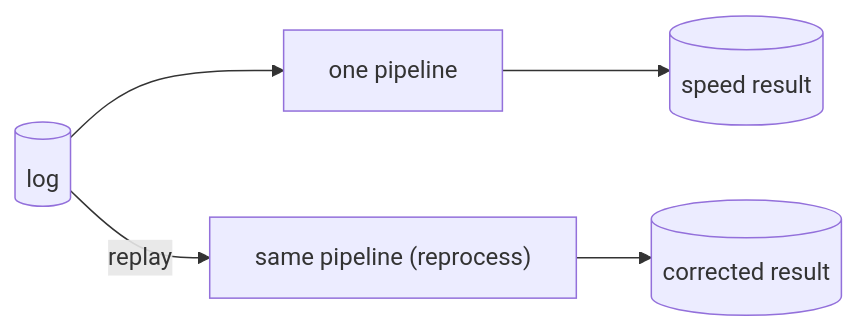
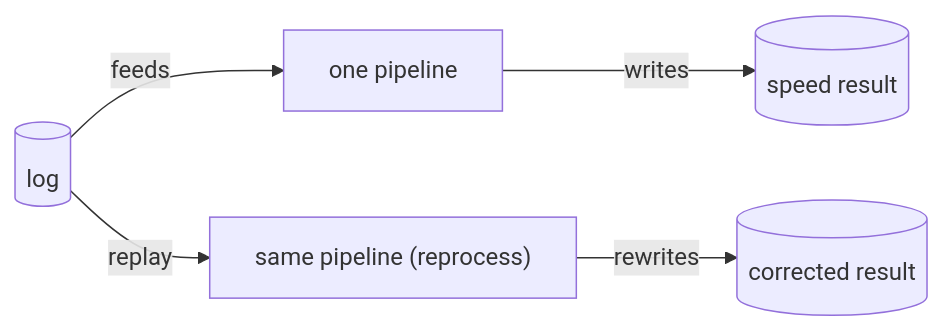
One commit to vinayakuber/streaming-systems-study-guide changed diagram 11 of 19 in docs/ch10-the-evolution-of-large-scale-data-processing.md. Above: the diagram before and after it, drawn with Mermaid. The commit also changed other lines of this file and 22 other files, not shown here.

First line of the commit message:
R18: label every diagram arrow with its meaning

````diff
--- a/docs/ch10-the-evolution-of-large-scale-data-processing.md
+++ b/docs/ch10-the-evolution-of-large-scale-data-processing.md
@@ -290,7 +290,7 @@
 ```mermaid
 flowchart LR
-  L[(log)] --> P["one pipeline"]
-  P --> S[(speed result)]
+  L[(log)] -->|"feeds"| P["one pipeline"]
+  P -->|"writes"| S[(speed result)]
   L -->|replay| P2["same pipeline (reprocess)"]
-  P2 --> B[(corrected result)]
+  P2 -->|"rewrites"| B[(corrected result)]
 ```
````
